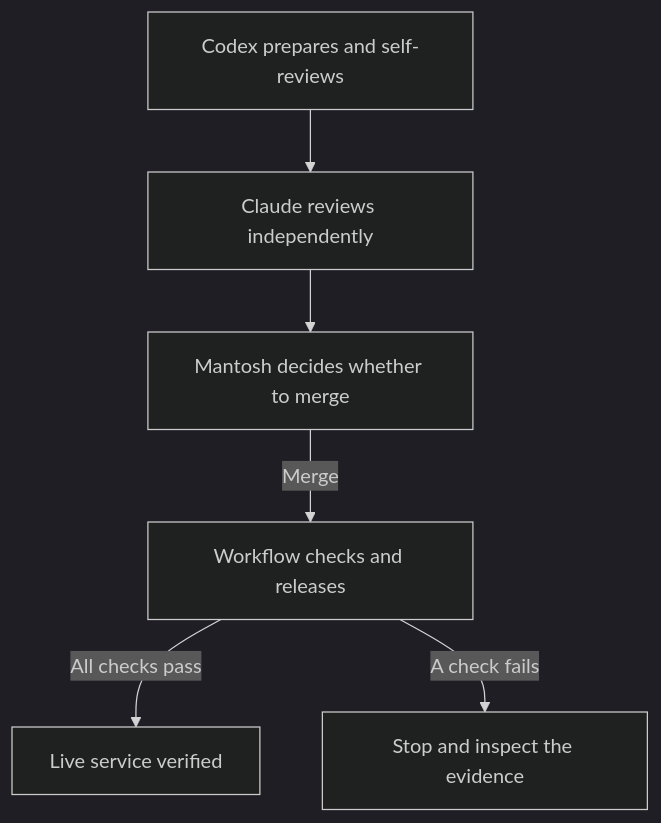
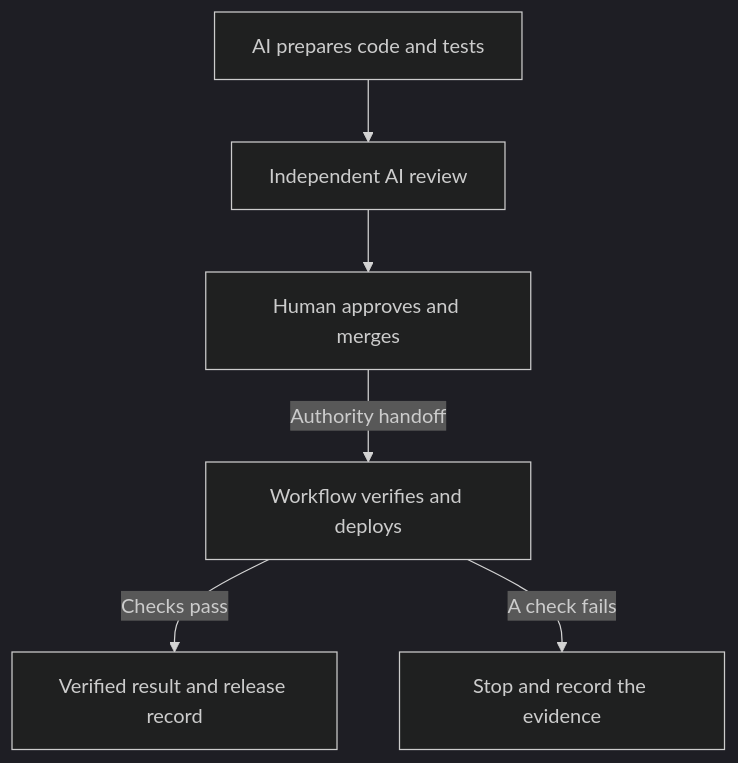
Before and after one commit to mantoshkumar1/mantoshkumar1.github.io: the diagram in docs/drafts/ai-can-write-the-change-who-controls-the-release.md, drawn with Mermaid (dark theme). The commit also changed other lines of this file and 2 other files, not shown here.

Commit message:
Explain bounded AI authority and the human-to-automation release handoff

````diff
--- a/docs/drafts/ai-can-write-the-change-who-controls-the-release.md
+++ b/docs/drafts/ai-can-write-the-change-who-controls-the-release.md
@@ -19,8 +23,8 @@
 ```mermaid
 flowchart TD
-  A["Codex prepares and self-reviews"] --> B["Claude reviews independently"]
-  B --> C["Mantosh decides whether to merge"]
-  C -->|"Merge"| D["Workflow checks and releases"]
-  D -->|"All checks pass"| E["Live service verified"]
-  D -->|"A check fails"| F["Stop and inspect the evidence"]
+  A["AI prepares code and tests"] --> B["Independent AI review"]
+  B --> C["Human approves and merges"]
+  C -->|"Authority handoff"| D["Workflow verifies and deploys"]
+  D -->|"Checks pass"| E["Verified result and release record"]
+  D -->|"A check fails"| F["Stop and record the evidence"]
 ```
````
